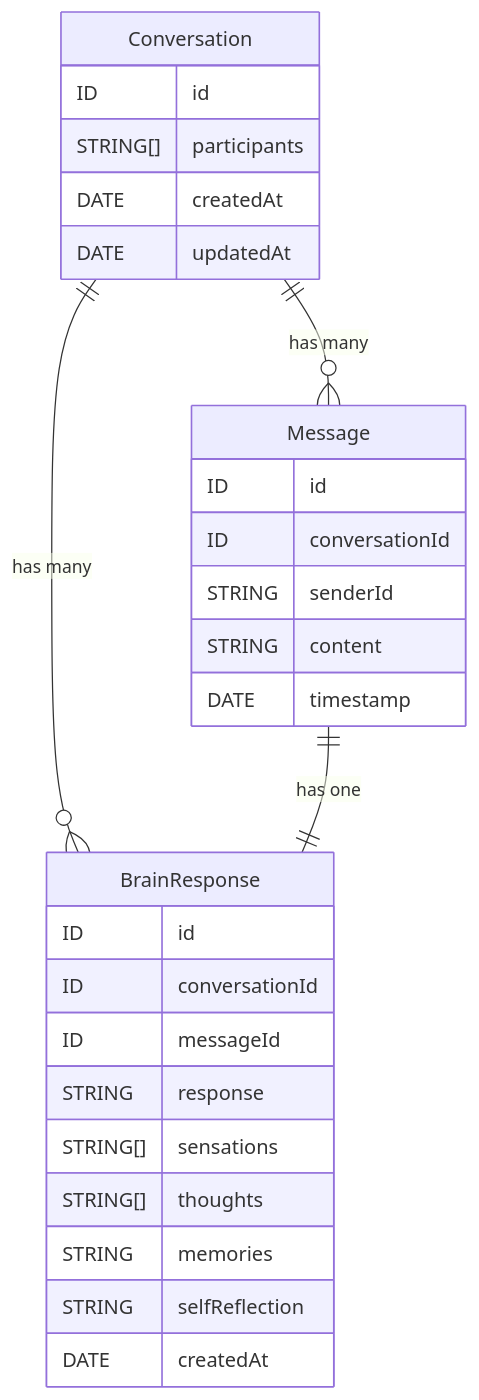
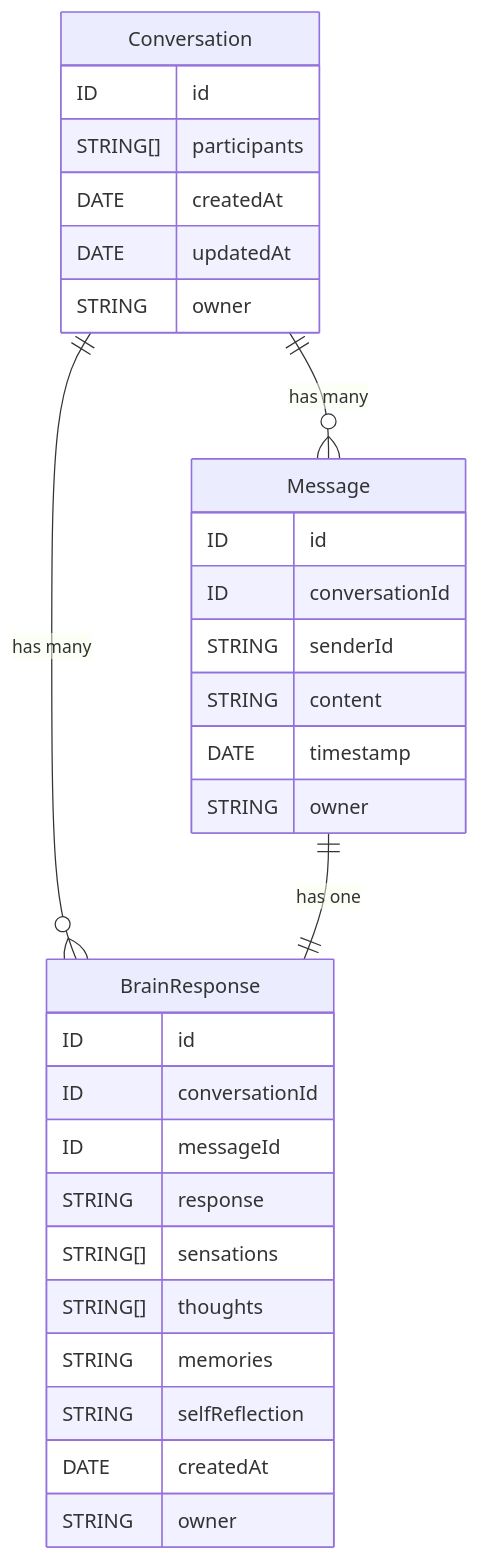
One commit to Elevator-Robot/brainincup changed the second of 2 diagrams in README.md. Above: the diagram before and after it, drawn with Mermaid. The commit also changed other lines of this file and 12 other files, not shown here.

````diff
--- a/README.md
+++ b/README.md
@@ -65,30 +55,33 @@
 ```mermaid
 erDiagram
     Conversation {
         ID id
         STRING[] participants
         DATE createdAt
         DATE updatedAt
+        STRING owner
     }
     Message {
         ID id
         ID conversationId
         STRING senderId
         STRING content
         DATE timestamp
+        STRING owner
     }
     BrainResponse {
         ID id
         ID conversationId
         ID messageId
         STRING response
         STRING[] sensations
         STRING[] thoughts
         STRING memories
         STRING selfReflection
         DATE createdAt
+        STRING owner
     }
     Conversation ||--o{ Message : "has many"
     Conversation ||--o{ BrainResponse : "has many"
     Message ||--|| BrainResponse : "has one"
 ```
````
